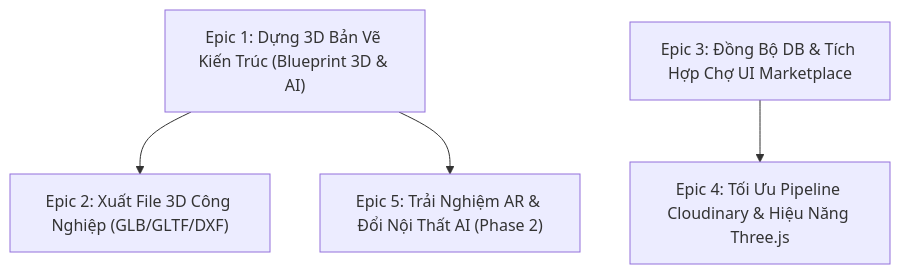
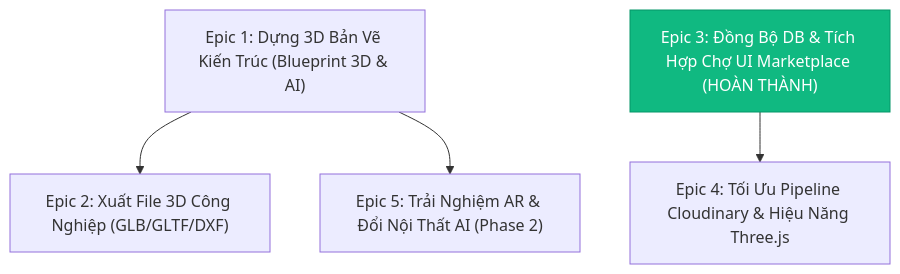
Before and after one commit to Goncodex911/PickMe3DPlatform: the first of 2 diagrams in THUAN_USER_STORIES.md, drawn with Mermaid. The commit also changed other lines of this file and 5 other files, not shown here.

````diff
--- a/THUAN_USER_STORIES.md
+++ b/THUAN_USER_STORIES.md
@@ -12,6 +12,7 @@
 ```mermaid
 flowchart TD
     E1["Epic 1: Dựng 3D Bản Vẽ Kiến Trúc (Blueprint 3D & AI)"] --> E2["Epic 2: Xuất File 3D Công Nghiệp (GLB/GLTF/DXF)"]
     E1 --> E5["Epic 5: Trải Nghiệm AR & Đổi Nội Thất AI (Phase 2)"]
-    E3["Epic 3: Đồng Bộ DB & Tích Hợp Chợ UI Marketplace"] --> E4["Epic 4: Tối Ưu Pipeline Cloudinary & Hiệu Năng Three.js"]
+    E3["Epic 3: Đồng Bộ DB & Tích Hợp Chợ UI Marketplace (HOÀN THÀNH)"] --> E4["Epic 4: Tối Ưu Pipeline Cloudinary & Hiệu Năng Three.js"]
+    style E3 fill:#10b981,stroke:#059669,color:#fff
 ```
````
